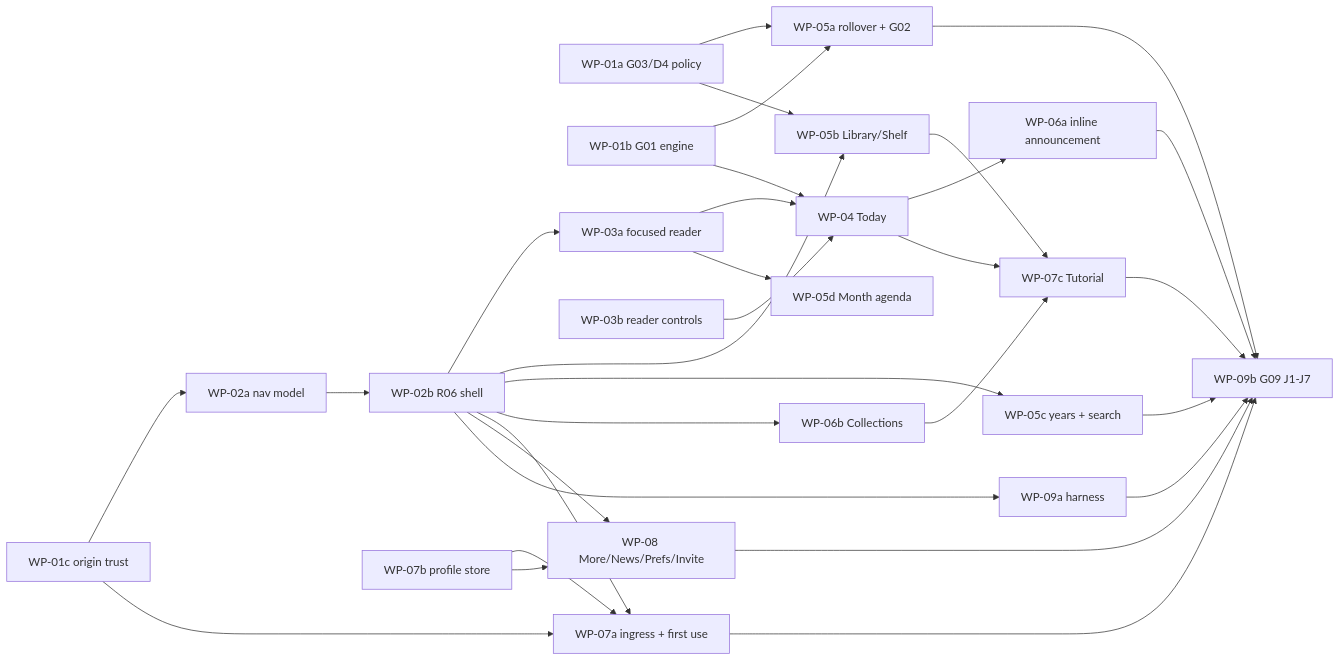
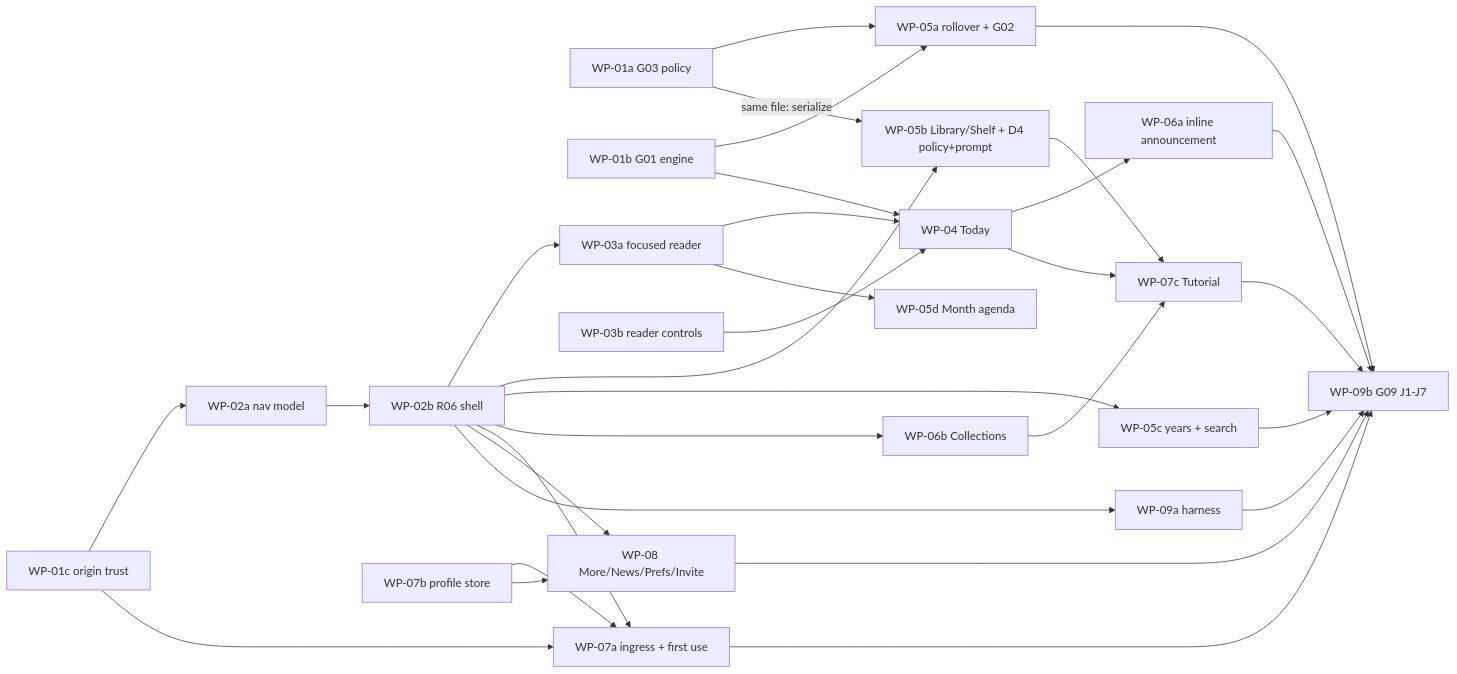
One commit to Bibleberry/Bibleberry changed the second of 2 diagrams in docs/project/r06-production-implementation-audit.md. Above: the diagram before and after it, drawn with Mermaid. The commit also changed other lines of this file, not shown here.

````diff
--- a/docs/project/r06-production-implementation-audit.md
+++ b/docs/project/r06-production-implementation-audit.md
@@ -429,33 +432,33 @@
 ```mermaid
 flowchart LR
-  W01a[WP-01a G03/D4 policy] --> W05a[WP-05a rollover + G02]
+  W01a[WP-01a G03 policy] --> W05a[WP-05a rollover + G02]
   W01b[WP-01b G01 engine] --> W05a
   W01b --> W04[WP-04 Today]
   W01c[WP-01c origin trust] --> W02a[WP-02a nav model]
   W02a --> W02b[WP-02b R06 shell]
   W02b --> W03a[WP-03a focused reader]
   W03a --> W04
   W03b[WP-03b reader controls] --> W04
-  W02b --> W05b[WP-05b Library/Shelf] 
-  W01a --> W05b
+  W02b --> W05b[WP-05b Library/Shelf + D4 policy+prompt]
+  W01a -- "same file: serialize" --> W05b
   W02b --> W05c[WP-05c years + search]
   W03a --> W05d[WP-05d Month agenda]
   W04 --> W06a[WP-06a inline announcement]
   W02b --> W06b[WP-06b Collections]
   W07b[WP-07b profile store] --> W07a[WP-07a ingress + first use]
   W02b --> W07a
   W01c --> W07a
   W04 --> W07c[WP-07c Tutorial]
   W05b --> W07c
   W06b --> W07c
   W07b --> W08[WP-08 More/News/Prefs/Invite]
   W02b --> W08
   W02b --> W09a[WP-09a harness]
   W09a --> W09b[WP-09b G09 J1-J7]
   W06a --> W09b
   W07a --> W09b
   W07c --> W09b
   W08 --> W09b
   W05a --> W09b
   W05c --> W09b
 ```
````
